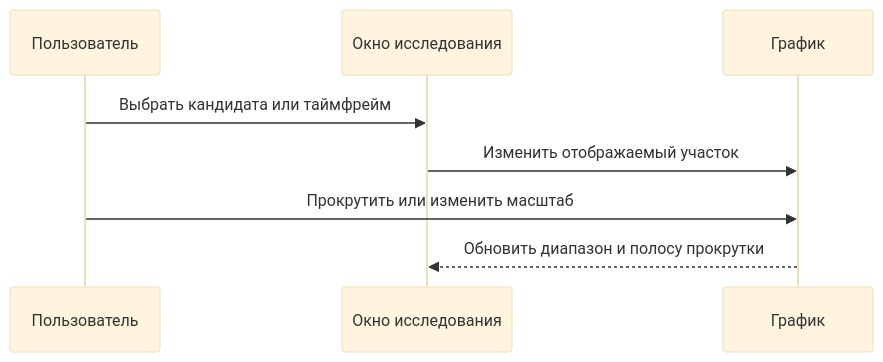
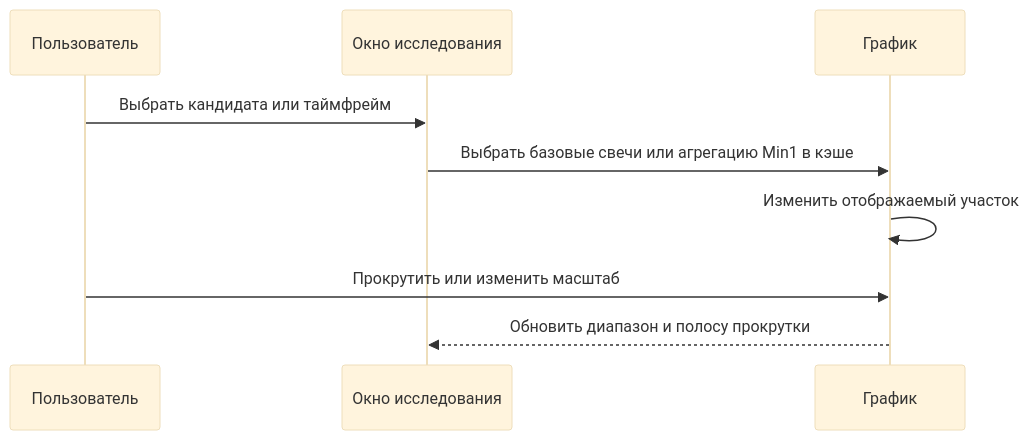
The third of 3 diagrams in project/Documentation/OrderFlow/RESEARCH_MVP_RUNBOOK.md (2Rukin/OsEngine), drawn with Mermaid (base theme) before and after one commit. The commit also changed other lines of this file and 19 other files, not shown here.

First line of the commit message:
Add chart time zoom and QScalp archive downloads

````diff
--- a/project/Documentation/OrderFlow/RESEARCH_MVP_RUNBOOK.md
+++ b/project/Documentation/OrderFlow/RESEARCH_MVP_RUNBOOK.md
@@ -188,10 +283,11 @@
 ```mermaid
 sequenceDiagram
     participant User as Пользователь
     participant Ui as Окно исследования
     participant Chart as График
     User->>Ui: Выбрать кандидата или таймфрейм
-    Ui->>Chart: Изменить отображаемый участок
+    Ui->>Chart: Выбрать базовые свечи или агрегацию Min1 в кэше
+    Chart->>Chart: Изменить отображаемый участок
     User->>Chart: Прокрутить или изменить масштаб
     Chart-->>Ui: Обновить диапазон и полосу прокрутки
 ```
````
